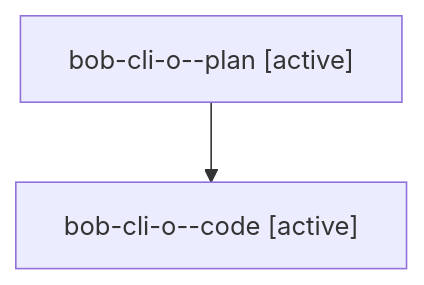
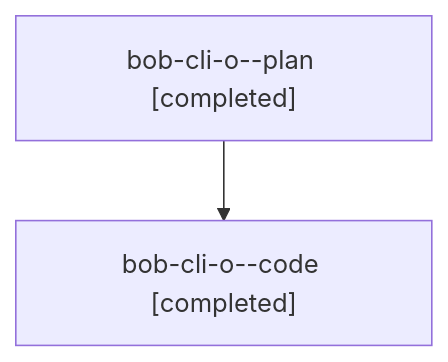
Before and after one commit to bobs-org/bob-cli--agents: the diagram in families/bbugyi200.athena.bob-cli-o.md, drawn with Mermaid. The commit also changed other lines of this file and 72 other files, not shown here.

````diff
--- a/families/bbugyi200.athena.bob-cli-o.md
+++ b/families/bbugyi200.athena.bob-cli-o.md
@@ -9,6 +9,6 @@
 ```mermaid
 flowchart TD
-  n0["bob-cli-o--plan [active]"]
-  n1["bob-cli-o--code [active]"]
+  n0["bob-cli-o--plan [completed]"]
+  n1["bob-cli-o--code [completed]"]
   n0 --> n1
 ```
````
